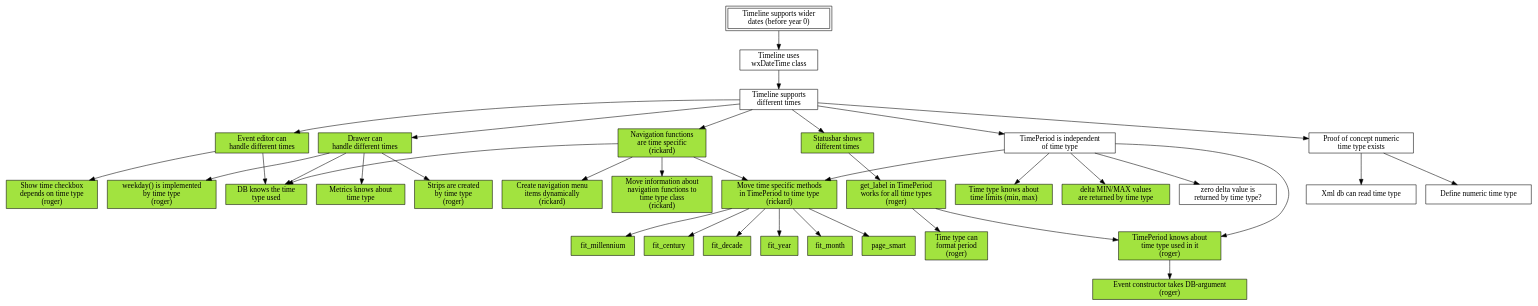
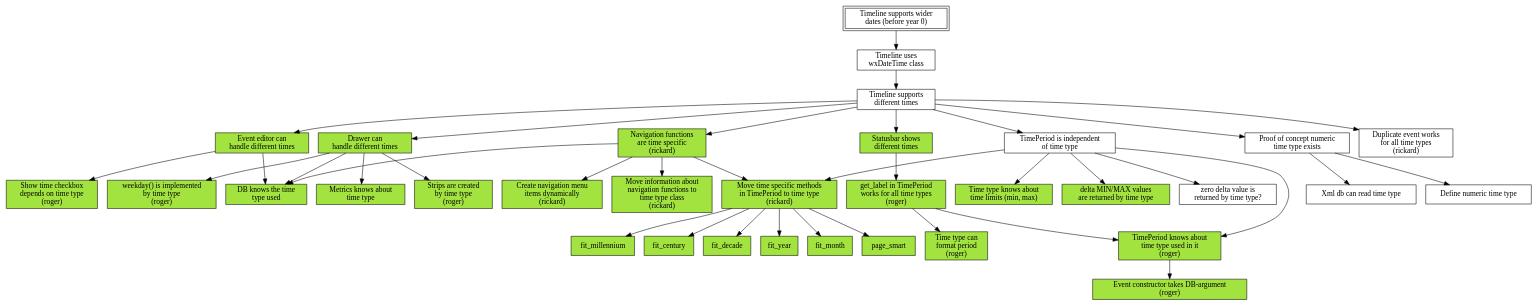
Before and after one commit to shutaozhenzhen/thetimelineproj: the diagram in mikado.dot, drawn with Graphviz.

Commit message:
Add work to mikado graph.

```diff
--- a/mikado.dot
+++ b/mikado.dot
@@ -1,118 +1,119 @@
 digraph mikado
 {
     node [shape=box];
 
     wider_dates [label="Timeline supports wider\ndates (before year 0)"];
     wider_dates [peripheries=2];
         wider_dates -> switch_to_wx_time;
 
     switch_to_wx_time [label="Timeline uses\nwxDateTime class"];
         switch_to_wx_time -> different_time;
 
     different_time [label="Timeline supports\ndifferent times "];
         different_time -> event_editor;
         different_time -> drawer;
         different_time -> navigation;
         different_time -> status_bar;
         different_time -> time_period_independent;
         different_time -> numeric_time_type;
+        different_time -> duplicate_event;
 
     numeric_time_type [label="Proof of concept numeric\ntime type exists"];
         numeric_time_type -> define_numeric_time_type;
         numeric_time_type -> db_reads_time_type;
 
     time_period_independent [label="TimePeriod is independent\nof time type"];
         time_period_independent -> time_period_knows_type;
         time_period_independent -> time_period;
         time_period_independent -> time_limits_in_time_type;
         time_period_independent -> min_max_zoom_delta_in_time_type;
         time_period_independent -> zero_delta_created_by_time_type;
 
     event_editor [label="Event editor can\nhandle different times"];
     event_editor [style=filled,fillcolor="#A2E33F"];
         event_editor -> show_time;
         event_editor -> db_has_type_info;
 
     drawer [label="Drawer can\nhandle different times"];
     drawer [style=filled,fillcolor="#A2E33F"];
         drawer -> db_has_type_info;
         drawer -> strips_in_time_type;
 	drawer -> weekday_in_time_type;
 	drawer -> metrics_knows_about_time_type;
 	
     navigation [label="Navigation functions\nare time specific\n(rickard)"];
     navigation [style=filled,fillcolor="#A2E33F"];
         navigation -> db_has_type_info;
         navigation -> move_nav_to_time_type;
         navigation -> create_menu_items_dynamically;
         navigation -> time_period;
 
     time_period [label="Move time specific methods\nin TimePeriod to time type\n(rickard)"];
     time_period [style=filled,fillcolor="#A2E33F"];
         time_period -> fit_millennium;
         time_period -> fit_century;
         time_period -> fit_decade;
         time_period -> fit_year;
         time_period -> fit_month;
         time_period -> page_smart;
 
     status_bar [label="Statusbar shows\ndifferent times"];
     status_bar [style=filled,fillcolor="#A2E33F"];
         status_bar -> get_label;
         get_label -> time_period_knows_type;
 
     get_label [label="get_label in TimePeriod\nworks for all time types\n(roger)"];
     get_label [style=filled,fillcolor="#A2E33F"];
         get_label -> type_format;
 
     time_period_knows_type [label="TimePeriod knows about\ntime type used in it\n(roger)"];
     time_period_knows_type [style=filled,fillcolor="#A2E33F"];
 	time_period_knows_type -> event_constructor;
 
     // Leaves
 
     define_numeric_time_type [label="Define numeric time type"];
 
     db_reads_time_type [label="Xml db can read time type"];
 
     show_time [label="Show time checkbox\ndepends on time type\n(roger)"];
     show_time [style=filled,fillcolor="#A2E33F"];
 
     db_has_type_info [label="DB knows the time\ntype used"];
     db_has_type_info [style=filled,fillcolor="#A2E33F"];
 
     move_nav_to_time_type [label="Move information about\nnavigation functions to\ntime type class\n(rickard)"];
     move_nav_to_time_type [style=filled,fillcolor="#A2E33F"];
 
     create_menu_items_dynamically [label="Create navigation menu\nitems dynamically\n(rickard)"];
     create_menu_items_dynamically [style=filled,fillcolor="#A2E33F"];
 
     type_format [label="Time type can\nformat period\n(roger)"];
     type_format [style=filled,fillcolor="#A2E33F"];
     
     event_constructor [label="Event constructor takes DB-argument\n(roger)"];
     event_constructor [style=filled,fillcolor="#A2E33F"];
 
     strips_in_time_type [label="Strips are created\nby time type\n(roger)"];
     strips_in_time_type [style=filled,fillcolor="#A2E33F"];
 
     time_limits_in_time_type [label="Time type knows about\ntime limits (min, max)"];
     time_limits_in_time_type [style=filled,fillcolor="#A2E33F"];
     
     weekday_in_time_type [label="weekday() is implemented\nby time type\n(roger)"]
     weekday_in_time_type [style=filled,fillcolor="#A2E33F"];
     fit_millennium [style=filled,fillcolor="#A2E33F"];
     fit_century [style=filled,fillcolor="#A2E33F"];
     fit_decade [style=filled,fillcolor="#A2E33F"];
     fit_year [style=filled,fillcolor="#A2E33F"];
     fit_month [style=filled,fillcolor="#A2E33F"];
     page_smart [style=filled,fillcolor="#A2E33F"];
 
     min_max_zoom_delta_in_time_type [label="delta MIN/MAX values\nare returned by time type"];
     min_max_zoom_delta_in_time_type [style=filled,fillcolor="#A2E33F"];
     
     zero_delta_created_by_time_type [label="zero delta value is\nreturned by time type?"];
-    
+    duplicate_event [label="Duplicate event works\nfor all time types\n(rickard)"];
     metrics_knows_about_time_type [label="Metrics knows about\n time type"];
     metrics_knows_about_time_type [style=filled,fillcolor="#A2E33F"];
 }
```
